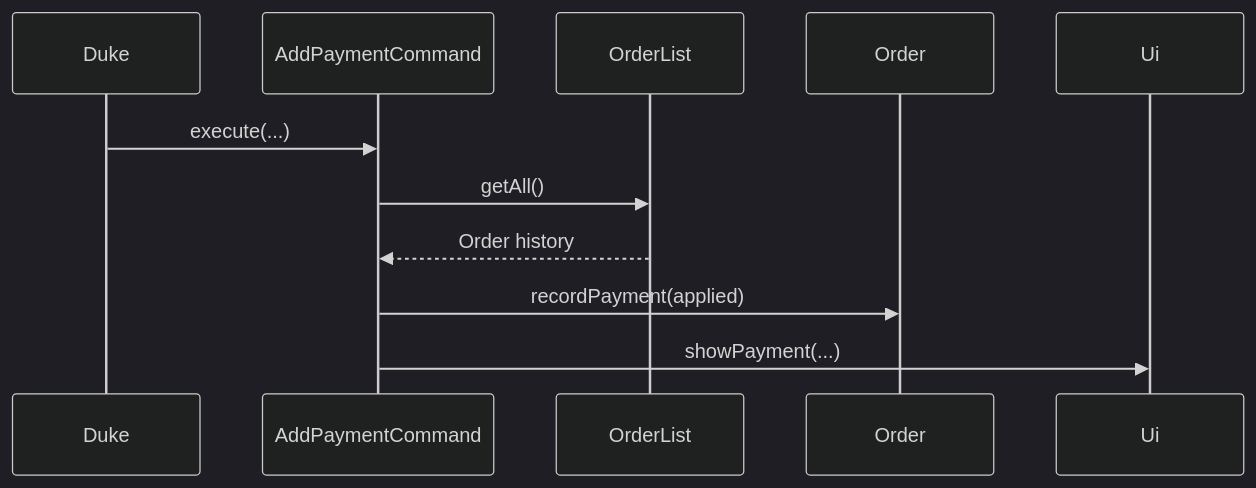
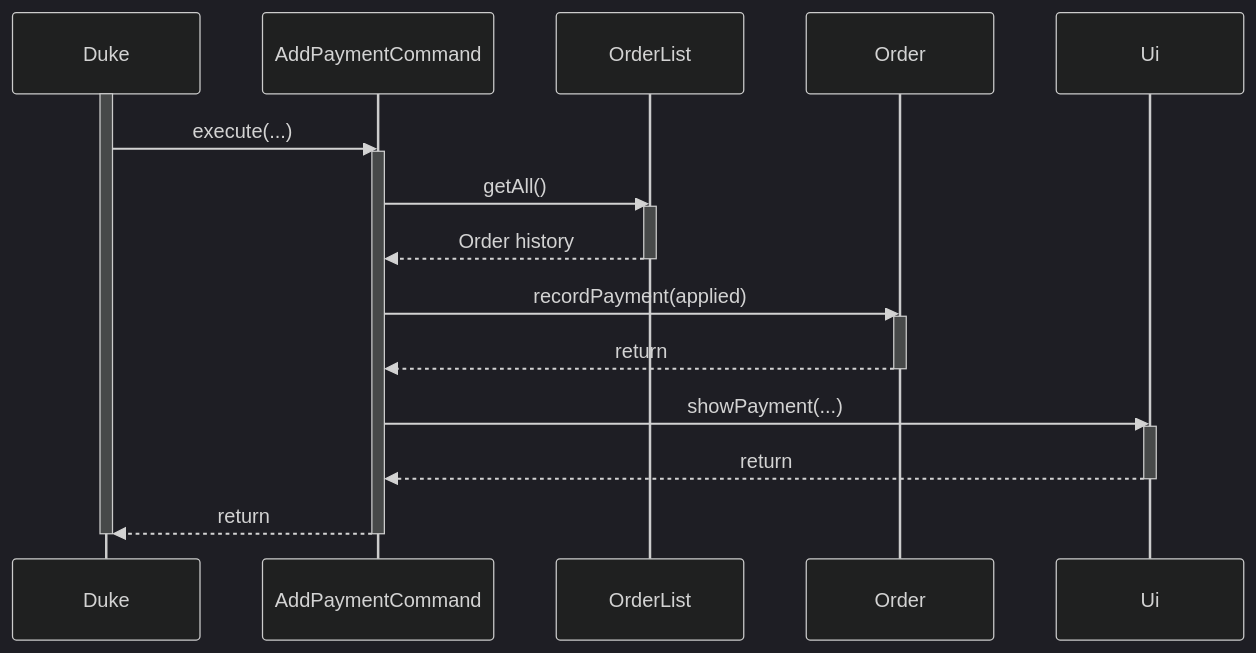
The diagram in docs/diagrams/customer-payment.mmd (AY2627S1-CS2113-T11-1/tp), drawn with Mermaid (dark theme) before and after one commit. The commit also changed 9 other files, not shown here.

Commit message:
Add activation bars to Developer Guide sequence diagrams

```diff
--- a/docs/diagrams/customer-payment.mmd
+++ b/docs/diagrams/customer-payment.mmd
@@ -1,12 +1,25 @@
 sequenceDiagram
     %% Main successful flow; validation and alternatives are described in the guide.
     participant P0 as Duke
     participant P1 as AddPaymentCommand
     participant P2 as OrderList
     participant P3 as Order
     participant P4 as Ui
+    activate P0
     P0->>P1: execute(...)
+    activate P1
     P1->>P2: getAll()
+    activate P2
     P2-->>P1: Order history
+    deactivate P2
     P1->>P3: recordPayment(applied)
+    activate P3
+    P3-->>P1: return
+    deactivate P3
     P1->>P4: showPayment(...)
+    activate P4
+    P4-->>P1: return
+    deactivate P4
+    P1-->>P0: return
+    deactivate P1
+    deactivate P0
```
